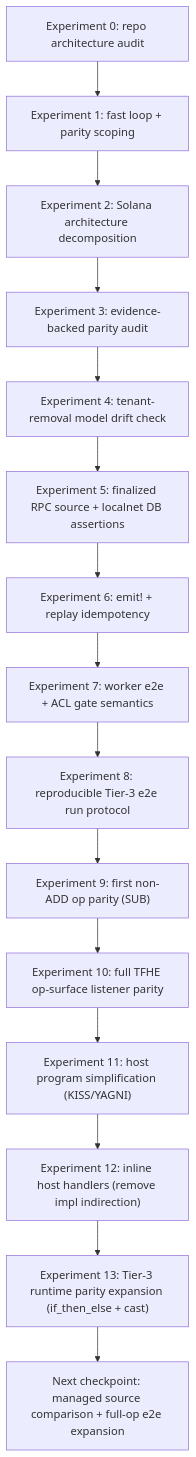
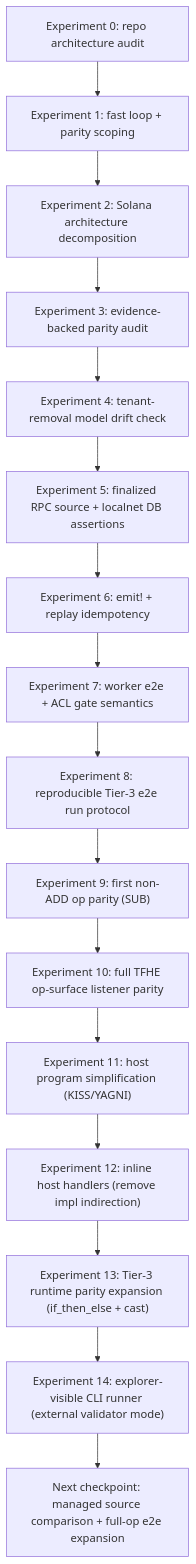
Before and after one commit to zama-ai/fhevm: the diagram in docs/protocol/explorations/solana-host-listener/LEARNING.md, drawn with Mermaid. The commit also changed other lines of this file and 5 other files, not shown here.

Commit message:
solana poc: add explorer-visible cli runner with docker postgres mode

````diff
--- a/docs/protocol/explorations/solana-host-listener/LEARNING.md
+++ b/docs/protocol/explorations/solana-host-listener/LEARNING.md
@@ -16,17 +16,18 @@
 ```mermaid
 flowchart TD
   E0["Experiment 0: repo architecture audit"] --> E1["Experiment 1: fast loop + parity scoping"]
   E1 --> E2["Experiment 2: Solana architecture decomposition"]
   E2 --> E3["Experiment 3: evidence-backed parity audit"]
   E3 --> E4["Experiment 4: tenant-removal model drift check"]
   E4 --> E5["Experiment 5: finalized RPC source + localnet DB assertions"]
   E5 --> E6["Experiment 6: emit! + replay idempotency"]
   E6 --> E7["Experiment 7: worker e2e + ACL gate semantics"]
   E7 --> E8["Experiment 8: reproducible Tier-3 e2e run protocol"]
   E8 --> E9["Experiment 9: first non-ADD op parity (SUB)"]
   E9 --> E10["Experiment 10: full TFHE op-surface listener parity"]
   E10 --> E11["Experiment 11: host program simplification (KISS/YAGNI)"]
   E11 --> E12["Experiment 12: inline host handlers (remove impl indirection)"]
   E12 --> E13["Experiment 13: Tier-3 runtime parity expansion (if_then_else + cast)"]
-  E13 --> NX["Next checkpoint: managed source comparison + full-op e2e expansion"]
+  E13 --> E14["Experiment 14: explorer-visible CLI runner (external validator mode)"]
+  E14 --> NX["Next checkpoint: managed source comparison + full-op e2e expansion"]
 ```
````
